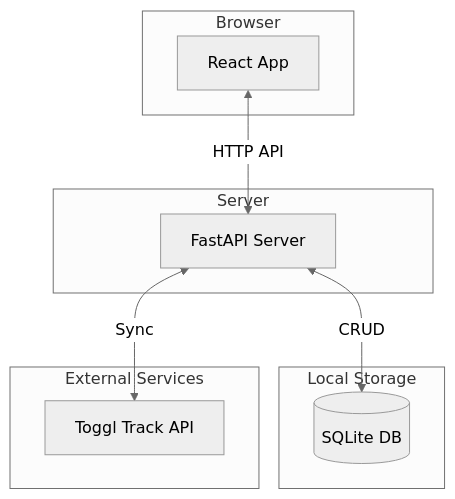
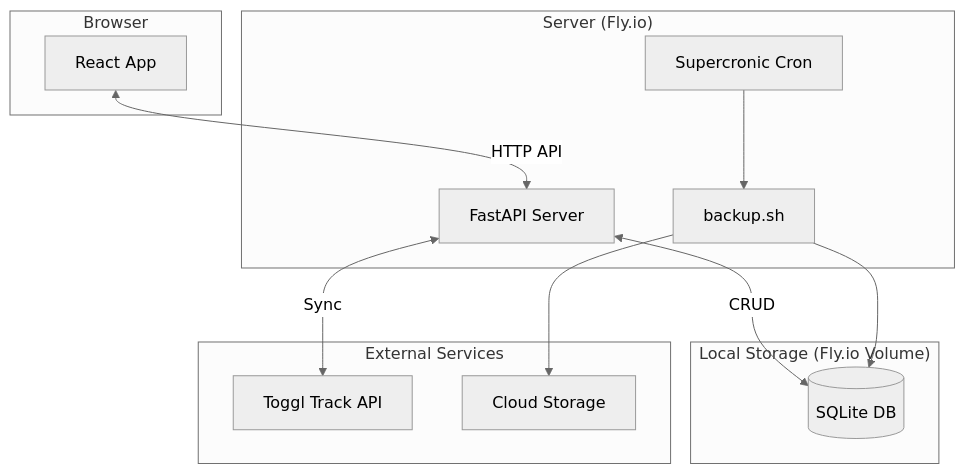
The diagram in README.md (JosephStocks/toggl-entry-annotator), drawn with Mermaid (neutral theme) before and after one commit. The commit also changed other lines of this file, not shown here.

````diff
--- a/README.md
+++ b/README.md
@@ -29,22 +30,26 @@
 ```mermaid
 graph TD
     subgraph Browser
         Frontend[React App]
     end
 
-    subgraph Server
+    subgraph "Server (Fly.io)"
         Backend[FastAPI Server]
+        Cron[Supercronic Cron] --> BackupScript[backup.sh]
     end
 
-    subgraph Local Storage
+    subgraph "Local Storage (Fly.io Volume)"
         Database[(SQLite DB)]
     end
 
-    subgraph External Services
+    subgraph "External Services"
         Toggl[Toggl Track API]
+        CloudBackup[Cloud Storage]
     end
 
     Frontend <-- HTTP API --> Backend
     Backend  <-- Sync --> Toggl
     Backend  <-- CRUD --> Database
+    BackupScript --> Database
+    BackupScript --> CloudBackup
 ```
````
